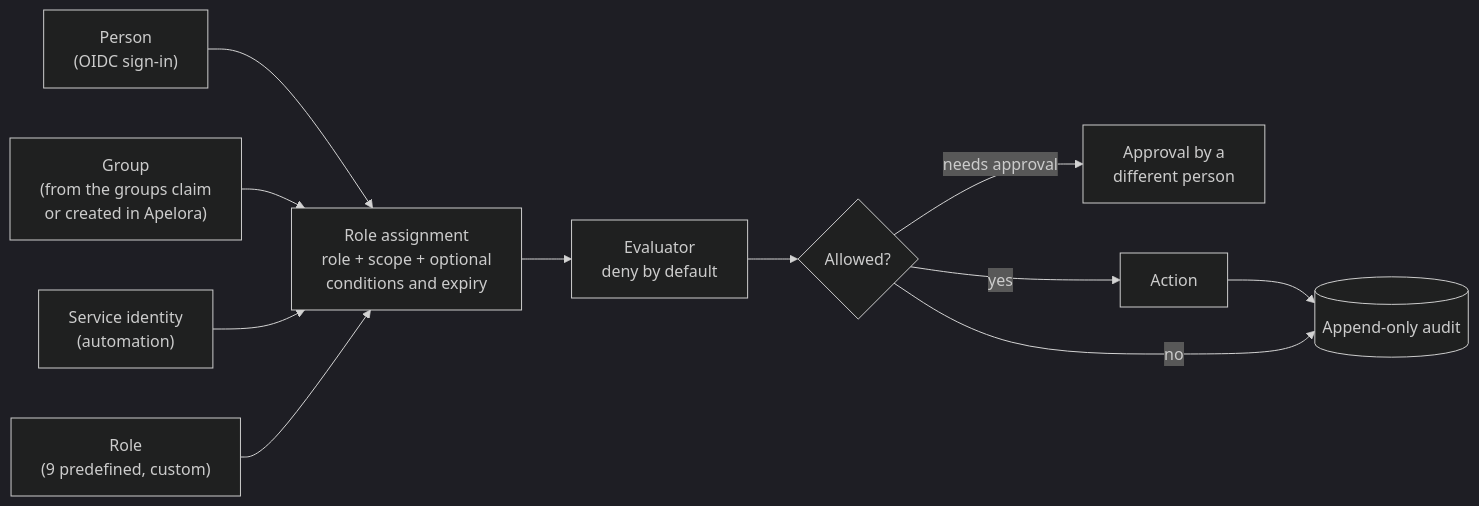
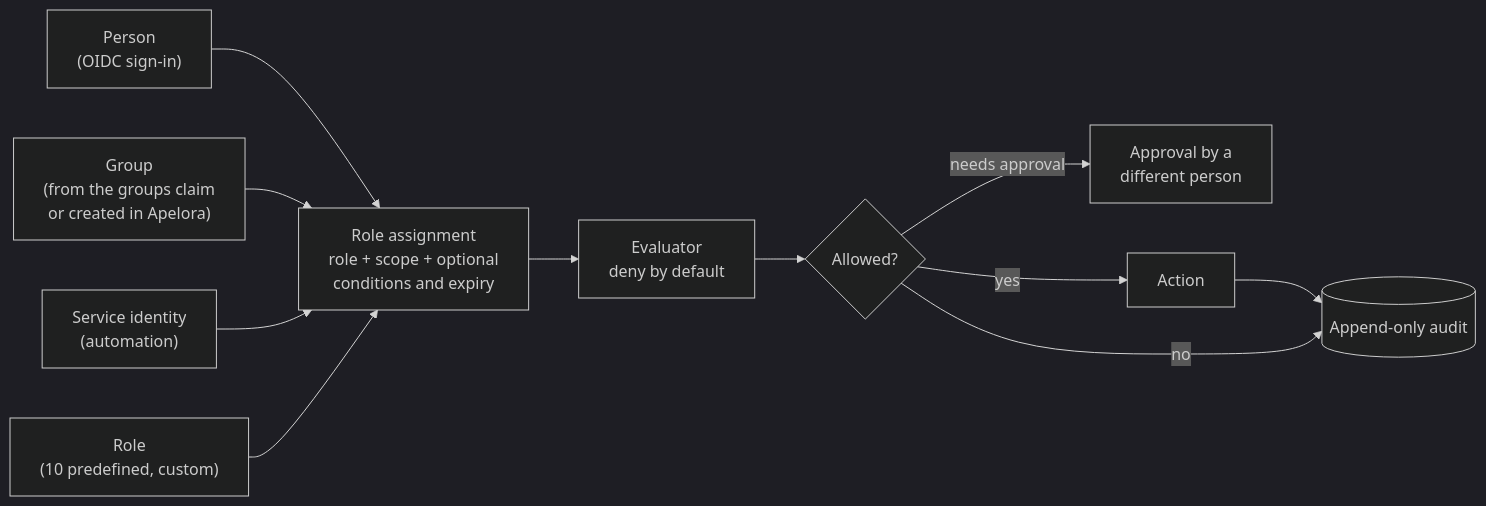
One commit to Apelora/apelora-fabric changed the first of 2 diagrams in docs/architecture/IDENTITY-AND-AUTHORIZATION.md. Above: the diagram before and after it, drawn with Mermaid (dark theme). The commit also changed other lines of this file and 38 other files, not shown here.

````diff
--- a/docs/architecture/IDENTITY-AND-AUTHORIZATION.md
+++ b/docs/architecture/IDENTITY-AND-AUTHORIZATION.md
@@ -9,13 +9,13 @@
 ```mermaid
 flowchart LR
   P["Person<br/>(OIDC sign-in)"] --> A
   G["Group<br/>(from the groups claim<br/>or created in Apelora)"] --> A
   S["Service identity<br/>(automation)"] --> A
   A["Role assignment<br/>role + scope + optional<br/>conditions and expiry"] --> E["Evaluator<br/>deny by default"]
-  R["Role<br/>(9 predefined, custom)"] --> A
+  R["Role<br/>(10 predefined, custom)"] --> A
   E --> D{"Allowed?"}
   D -- "needs approval" --> AP["Approval by a<br/>different person"]
   D -- yes --> ACT["Action"]
   ACT --> AU[("Append-only audit")]
   D -- no --> AU
 ```
````
